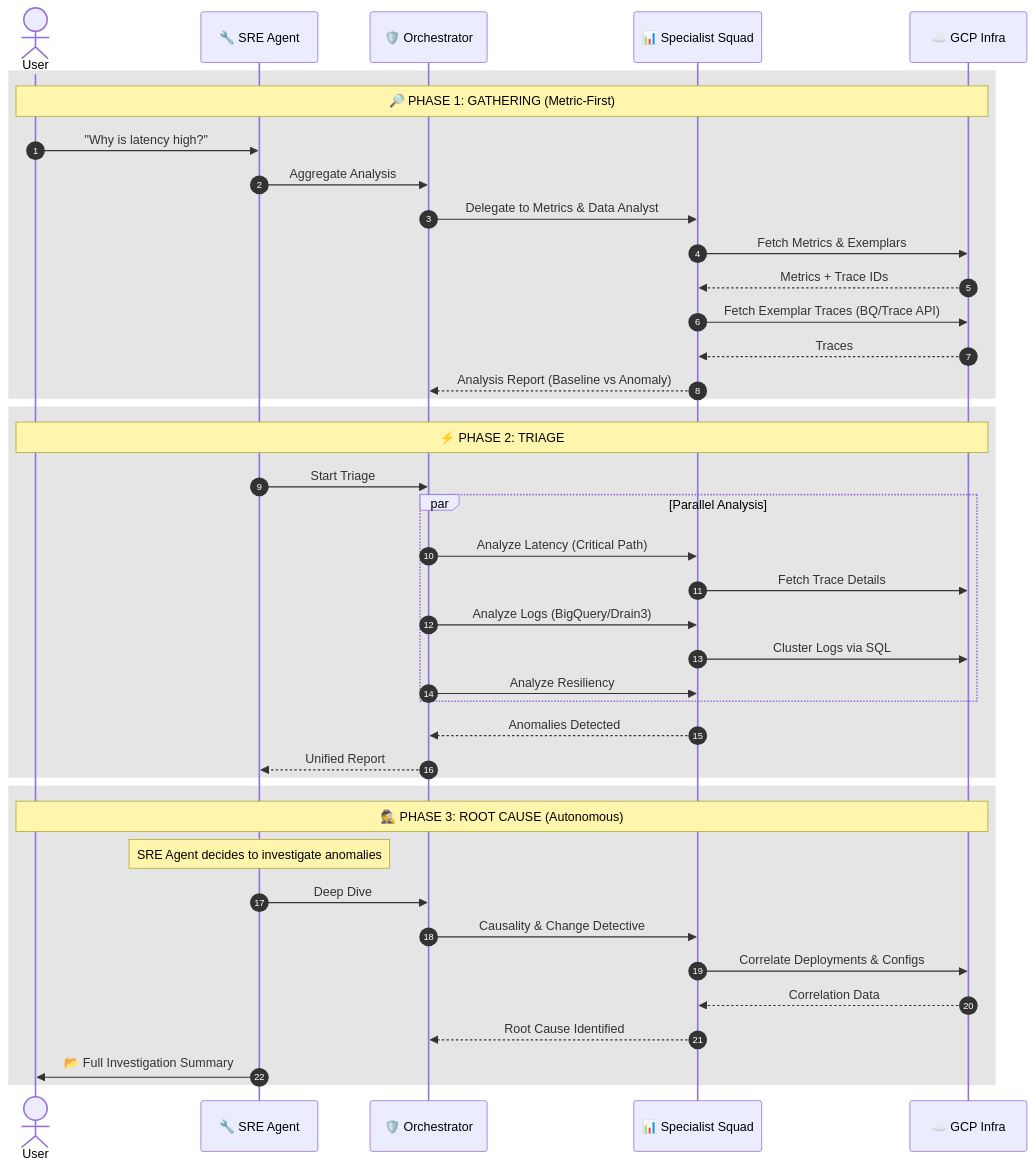
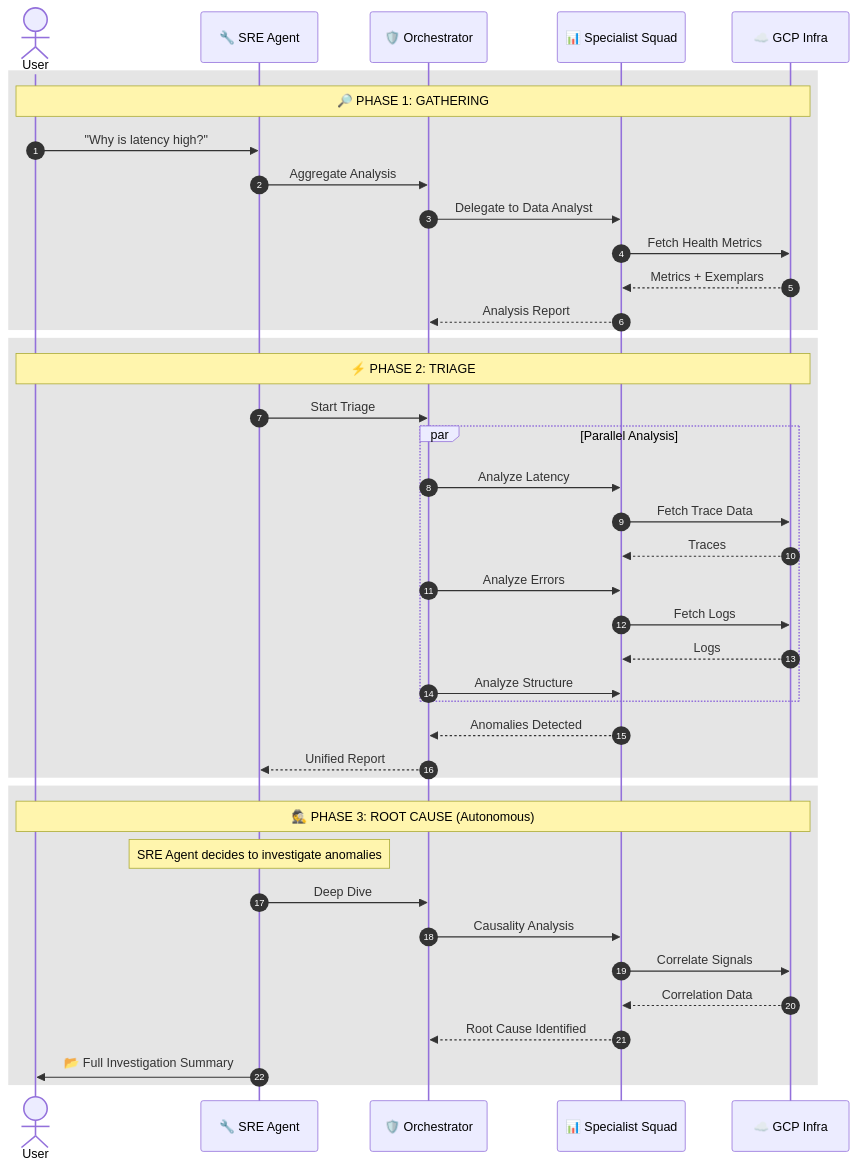
Before and after one commit to srtux/trace_analyzer: the second of 2 diagrams in README.md, drawn with Mermaid. The commit also changed other lines of this file and 8 other files, not shown here.

````diff
--- a/README.md
+++ b/README.md
@@ -145,46 +151,46 @@
 ```mermaid
 sequenceDiagram
     autonumber
     actor User
     participant SRE as 🔧 SRE Agent
     participant Orch as 🛡️ Orchestrator
     participant Squad as 📊 Specialist Squad
     participant Cloud as ☁️ GCP Infra
 
     rect rgba(0, 0, 0, 0.1)
-        Note over User, Cloud: 🔎 PHASE 1: GATHERING (Metric-First)
+        Note over User, Cloud: 🔎 PHASE 1: GATHERING
         User->>SRE: "Why is latency high?"
         SRE->>Orch: Aggregate Analysis
-        Orch->>Squad: Delegate to Metrics & Data Analyst
-        Squad->>Cloud: Fetch Metrics & Exemplars
-        Cloud-->>Squad: Metrics + Trace IDs
-        Squad->>Cloud: Fetch Exemplar Traces (BQ/Trace API)
-        Cloud-->>Squad: Traces
-        Squad-->>Orch: Analysis Report (Baseline vs Anomaly)
+        Orch->>Squad: Delegate to Data Analyst
+        Squad->>Cloud: Fetch Health Metrics
+        Cloud-->>Squad: Metrics + Exemplars
+        Squad-->>Orch: Analysis Report
     end
 
     rect rgba(0, 0, 0, 0.1)
         Note over User, Cloud: ⚡ PHASE 2: TRIAGE
         SRE->>Orch: Start Triage
         par Parallel Analysis
-            Orch->>Squad: Analyze Latency (Critical Path)
-            Squad->>Cloud: Fetch Trace Details
-            Orch->>Squad: Analyze Logs (BigQuery/Drain3)
-            Squad->>Cloud: Cluster Logs via SQL
-            Orch->>Squad: Analyze Resiliency
+            Orch->>Squad: Analyze Latency
+            Squad->>Cloud: Fetch Trace Data
+            Cloud-->>Squad: Traces
+            Orch->>Squad: Analyze Errors
+            Squad->>Cloud: Fetch Logs
+            Cloud-->>Squad: Logs
+            Orch->>Squad: Analyze Structure
         end
         Squad-->>Orch: Anomalies Detected
         Orch-->>SRE: Unified Report
     end
 
     rect rgba(0, 0, 0, 0.1)
         Note over User, Cloud: 🕵️ PHASE 3: ROOT CAUSE (Autonomous)
         Note over SRE: SRE Agent decides to investigate anomalies
         SRE->>Orch: Deep Dive
-        Orch->>Squad: Causality & Change Detective
-        Squad->>Cloud: Correlate Deployments & Configs
+        Orch->>Squad: Causality Analysis
+        Squad->>Cloud: Correlate Signals
         Cloud-->>Squad: Correlation Data
         Squad-->>Orch: Root Cause Identified
         SRE->>User: 📂 Full Investigation Summary
     end
 ```
````
